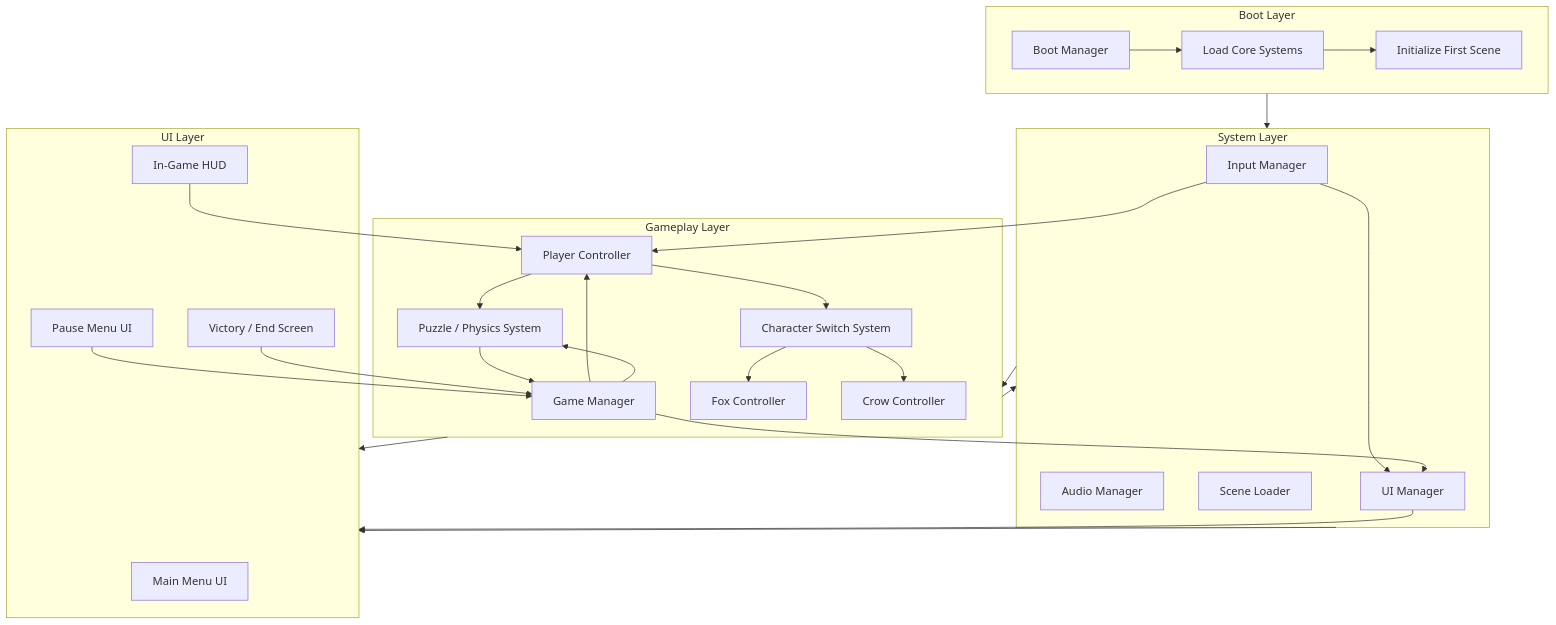
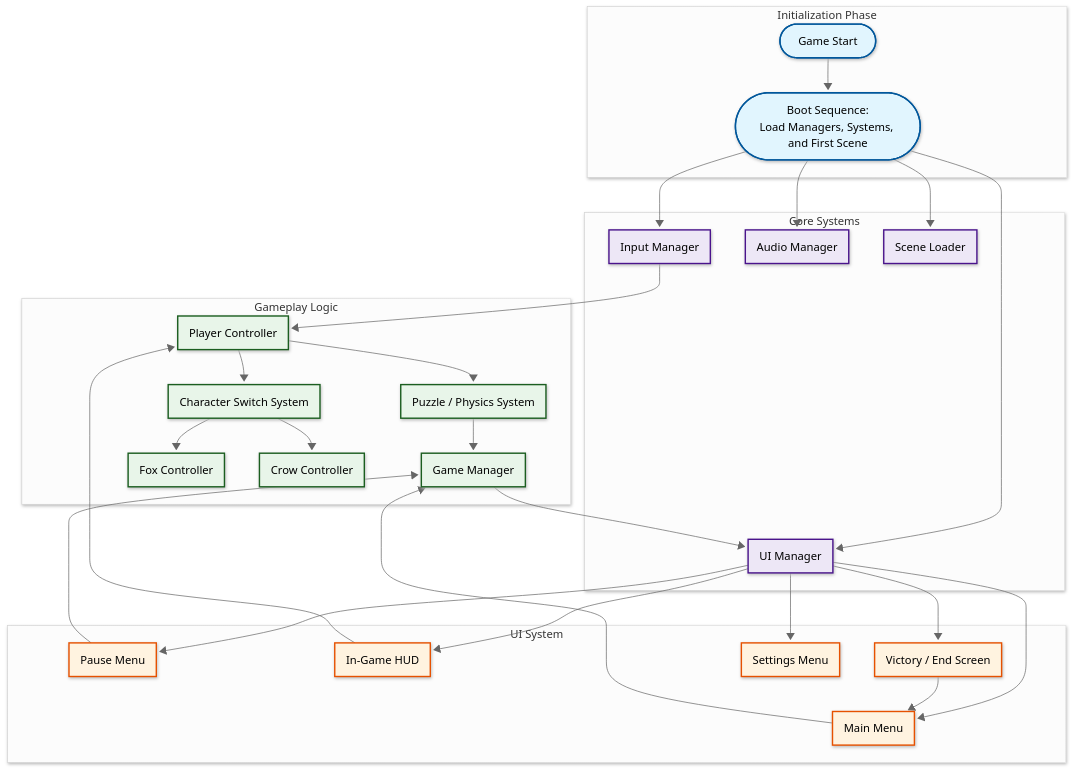
Before and after one commit to Justsomeguy241/Out-of-the-box: the second of 4 diagrams in README.md, drawn with Mermaid.

````diff
--- a/README.md
+++ b/README.md
@@ -51,67 +51,79 @@
 ```mermaid
+---
+config:
+  theme: neutral
+  look: neo
+---
 graph TD
+    %% ====== INITIALIZATION ======
+    subgraph "Initialization Phase"
+        Start([Game Start])
+        BootNote([Boot Sequence:<br/>Load Managers, Systems, and First Scene])
+    end
 
-%% ========== BOOT / INIT ==========
-subgraph Boot_Layer["Boot Layer"]
-    Boot[Boot Manager]
-    LoadSystems[Load Core Systems]
-    InitScene[Initialize First Scene]
-    Boot --> LoadSystems --> InitScene
-end
+    %% ====== CORE SYSTEMS ======
+    subgraph "Core Systems"
+        InputManager[Input Manager]
+        AudioManager[Audio Manager]
+        SceneLoader[Scene Loader]
+        UIManager[UI Manager]
+    end
 
-%% ========== SYSTEM LAYER ==========
-subgraph System_Layer["System Layer"]
-    InputManager[Input Manager]
-    AudioManager[Audio Manager]
-    SceneLoader[Scene Loader]
-    UIManager[UI Manager]
-end
+    %% ====== GAMEPLAY ======
+    subgraph "Gameplay Logic"
+        GameManager[Game Manager]
+        PlayerController[Player Controller]
+        SwitchSystem[Character Switch System]
+        Fox[Fox Controller]
+        Crow[Crow Controller]
+        PuzzleSystem[Puzzle / Physics System]
+    end
 
-%% ========== GAMEPLAY LAYER ==========
-subgraph Gameplay_Layer["Gameplay Layer"]
-    GameManager[Game Manager]
-    PlayerController[Player Controller]
-    SwitchSystem[Character Switch System]
-    Fox[Fox Controller]
-    Crow[Crow Controller]
-    PuzzleSystem[Puzzle / Physics System]
-end
+    %% ====== USER INTERFACE ======
+    subgraph "UI System"
+        MainMenu[Main Menu]
+        PauseMenu[Pause Menu]
+        HUD[In-Game HUD]
+        VictoryScreen[Victory / End Screen]
+        Settings[Settings Menu]
+    end
 
-%% ========== UI LAYER ==========
-subgraph UI_Layer["UI Layer"]
-    MainMenu[Main Menu UI]
-    PauseUI[Pause Menu UI]
-    HUD[In-Game HUD]
-    VictoryUI[Victory / End Screen]
-end
+    %% ====== FLOW CONNECTIONS ======
+    Start --> BootNote
+    BootNote --> InputManager
+    BootNote --> AudioManager
+    BootNote --> SceneLoader
+    BootNote --> UIManager
 
-%% ========== INTER-LAYER CONNECTIONS ==========
-Boot_Layer --> System_Layer
-System_Layer --> Gameplay_Layer
-System_Layer --> UI_Layer
-Gameplay_Layer --> System_Layer
-Gameplay_Layer --> UI_Layer
+    %% Gameplay Links
+    InputManager --> PlayerController
+    PlayerController --> SwitchSystem
+    SwitchSystem --> Fox
+    SwitchSystem --> Crow
+    PlayerController --> PuzzleSystem
+    PuzzleSystem --> GameManager
+    GameManager --> UIManager
 
-%% ==== SYSTEM CONNECTIONS ====
-InputManager --> UIManager
-InputManager --> PlayerController
-UIManager --> UI_Layer
+    %% UI Links
+    UIManager --> MainMenu
+    UIManager --> PauseMenu
+    UIManager --> HUD
+    UIManager --> VictoryScreen
+    UIManager --> Settings
+    MainMenu --> GameManager
+    PauseMenu --> GameManager
+    HUD --> PlayerController
+    VictoryScreen --> MainMenu
 
+    %% Styling
+    classDef initStyle fill:#e1f5fe,stroke:#01579b,stroke-width:2px
+    classDef systemStyle fill:#ede7f6,stroke:#4a148c,stroke-width:2px
+    classDef gameplayStyle fill:#e8f5e9,stroke:#1b5e20,stroke-width:2px
+    classDef uiStyle fill:#fff3e0,stroke:#e65100,stroke-width:2px
 
-
-%% ==== GAMEPLAY CONNECTIONS ====
-GameManager --> PlayerController
-GameManager --> PuzzleSystem
-PlayerController --> SwitchSystem
-SwitchSystem --> Fox
-SwitchSystem --> Crow
-PlayerController --> PuzzleSystem
-GameManager --> UIManager
-PuzzleSystem --> GameManager
-
-%% ==== UI CONNECTIONS ====
-PauseUI --> GameManager
-HUD --> PlayerController
-VictoryUI --> GameManager
+    class Start,BootNote initStyle
+    class InputManager,AudioManager,SceneLoader,UIManager systemStyle
+    class GameManager,PlayerController,SwitchSystem,Fox,Crow,PuzzleSystem gameplayStyle
+    class MainMenu,PauseMenu,HUD,VictoryScreen,Settings uiStyle
 
 ```
````
